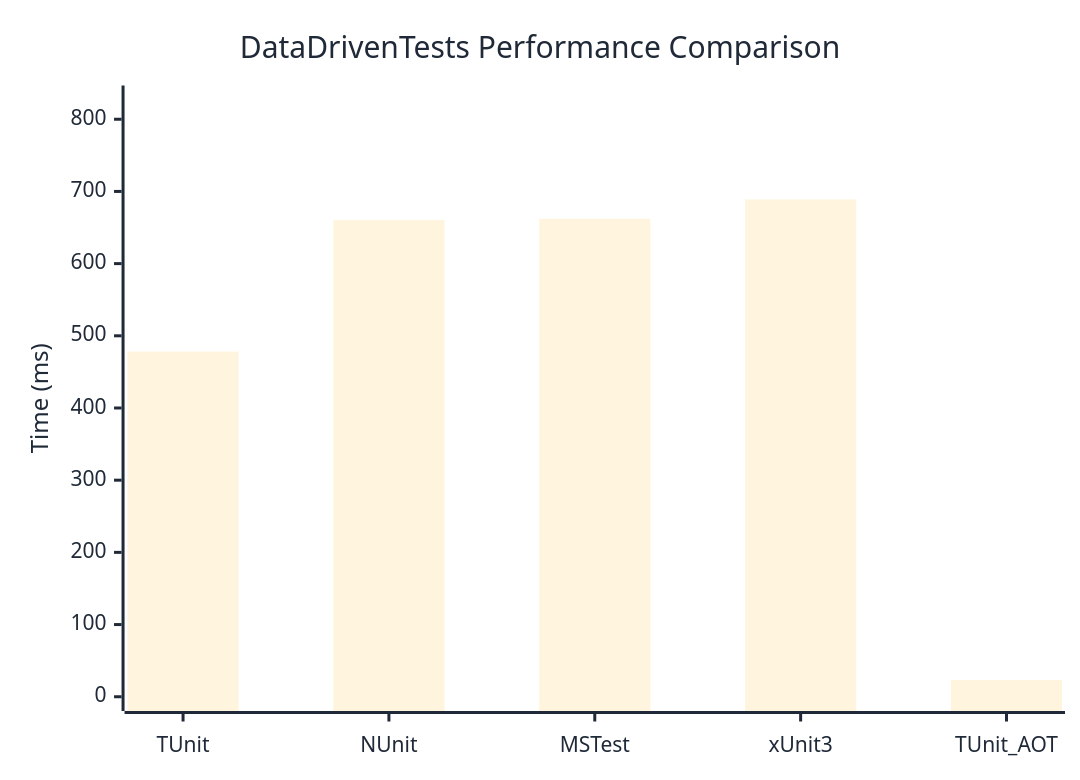
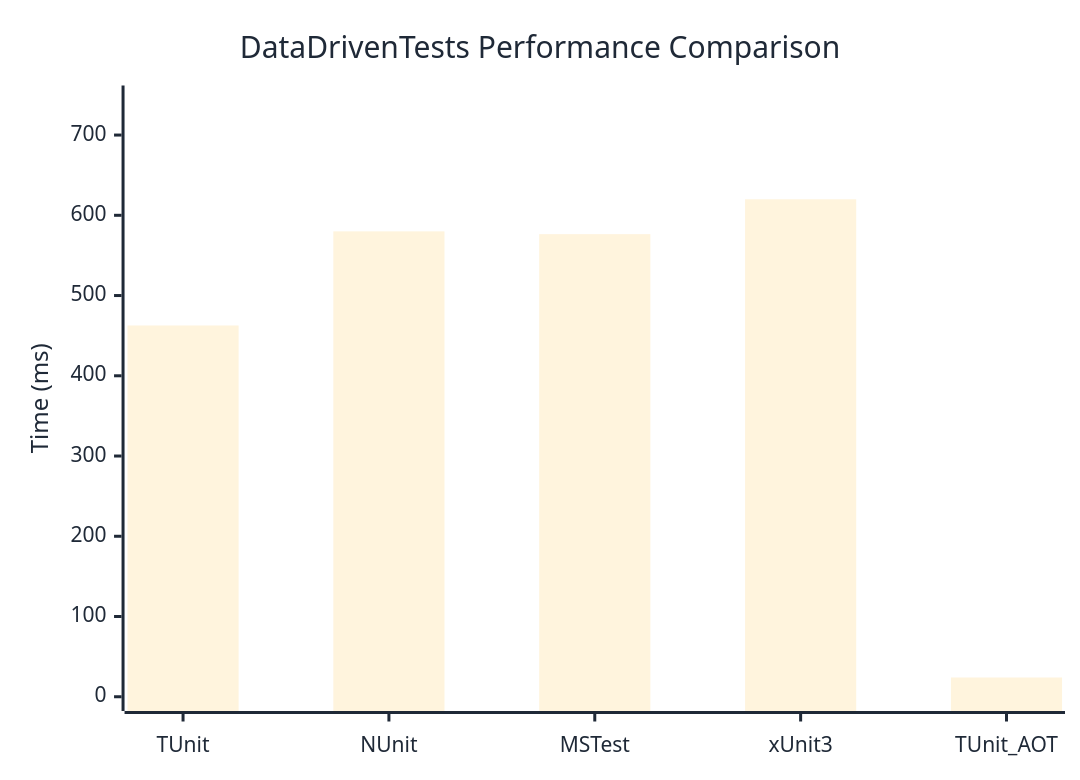
Before and after one commit to thomhurst/TUnit: the diagram in docs/docs/benchmarks/DataDrivenTests.md, drawn with Mermaid. The commit also changed other lines of this file and 17 other files, not shown here.

````diff
--- a/docs/docs/benchmarks/DataDrivenTests.md
+++ b/docs/docs/benchmarks/DataDrivenTests.md
@@ -27,37 +27,37 @@
 ```mermaid
 %%{init: {
   'theme':'base',
   'themeVariables': {
     'primaryColor': '#2563eb',
     'primaryTextColor': '#1f2937',
     'primaryBorderColor': '#1e40af',
     'lineColor': '#6b7280',
     'secondaryColor': '#7c3aed',
     'tertiaryColor': '#dc2626',
     'background': '#ffffff',
     'mainBkg': '#2563eb',
     'secondBkg': '#7c3aed',
     'tertiaryBkg': '#dc2626',
     'clusterBkg': '#f3f4f6',
     'edgeLabelBackground': '#ffffff',
     'tertiaryTextColor': '#1f2937',
     'pie1': '#2563eb',
     'pie2': '#7c3aed',
     'pie3': '#dc2626',
     'pie4': '#f59e0b',
     'pie5': '#10b981',
     'pie6': '#06b6d4',
     'pie7': '#ec4899',
     'pie8': '#6366f1',
     'pie9': '#84cc16',
     'pie10': '#f97316',
     'pie11': '#14b8a6',
     'pie12': '#a855f7'
   }
 }}%%
 xychart-beta
   title "DataDrivenTests Performance Comparison"
   x-axis ["TUnit", "NUnit", "MSTest", "xUnit3", "TUnit_AOT"]
-  y-axis "Time (ms)" 0 --> 827
-  bar [478.12, 660.39, 662.08, 688.91, 23.34]
+  y-axis "Time (ms)" 0 --> 744
+  bar [462.7, 579.98, 576.51, 619.98, 23.99]
 ```
````
